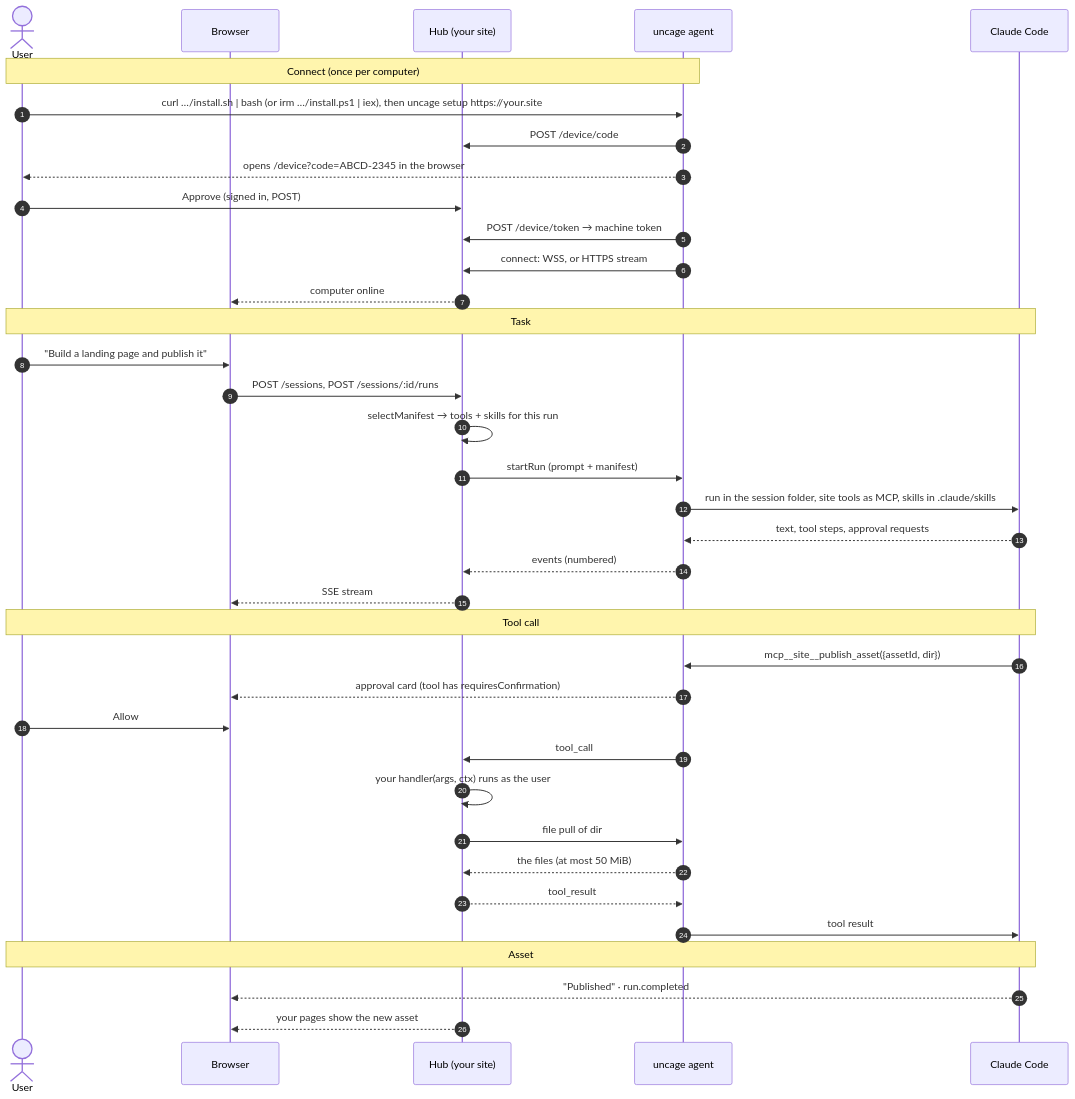
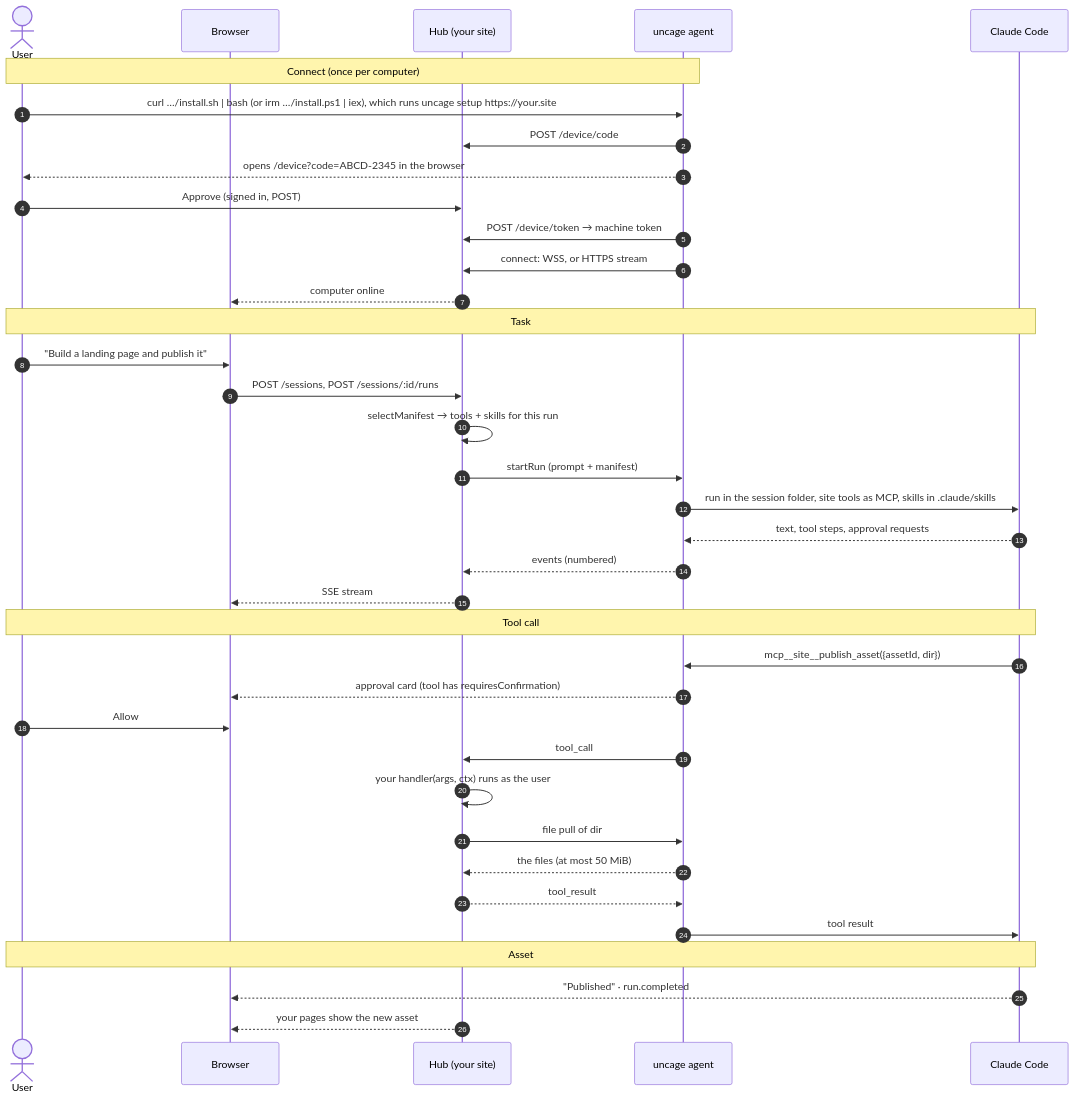
One commit to ptmafia/uncage changed the third of 3 diagrams in apps/docs/src/content/docs/ja/start/how-it-works.md. Above: the diagram before and after it, drawn with Mermaid. The commit also changed other lines of this file and 32 other files, not shown here.

````diff
--- a/apps/docs/src/content/docs/ja/start/how-it-works.md
+++ b/apps/docs/src/content/docs/ja/start/how-it-works.md
@@ -60,39 +60,39 @@
 ```mermaid
 sequenceDiagram
   autonumber
   actor U as User
   participant B as Browser
   participant H as Hub (your site)
   participant A as uncage agent
   participant C as Claude Code
   Note over U,A: Connect (once per computer)
-  U->>A: curl …/install.sh | bash (or irm …/install.ps1 | iex), then uncage setup https://your.site
+  U->>A: curl …/install.sh | bash (or irm …/install.ps1 | iex), which runs uncage setup https://your.site
   A->>H: POST /device/code
   A-->>U: opens /device?code=ABCD-2345 in the browser
   U->>H: Approve (signed in, POST)
   A->>H: POST /device/token → machine token
   A->>H: connect: WSS, or HTTPS stream
   H-->>B: computer online
   Note over U,C: Task
   U->>B: "Build a landing page and publish it"
   B->>H: POST /sessions, POST /sessions/:id/runs
   H->>H: selectManifest → tools + skills for this run
   H->>A: startRun (prompt + manifest)
   A->>C: run in the session folder, site tools as MCP, skills in .claude/skills
   C-->>A: text, tool steps, approval requests
   A-->>H: events (numbered)
   H-->>B: SSE stream
   Note over U,C: Tool call
   C->>A: mcp__site__publish_asset({assetId, dir})
   A-->>B: approval card (tool has requiresConfirmation)
   U->>B: Allow
   A->>H: tool_call
   H->>H: your handler(args, ctx) runs as the user
   H->>A: file pull of dir
   A-->>H: the files (at most 50 MiB)
   H-->>A: tool_result
   A->>C: tool result
   Note over U,C: Asset
   C-->>B: "Published" · run.completed
   H-->>B: your pages show the new asset
 ```
````
